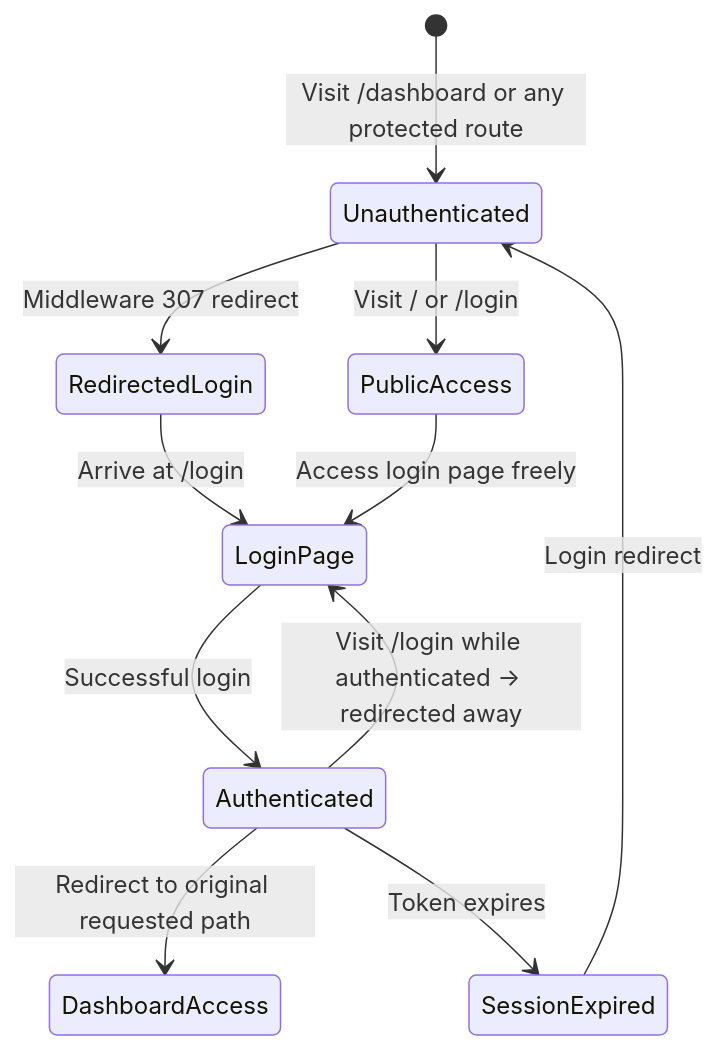
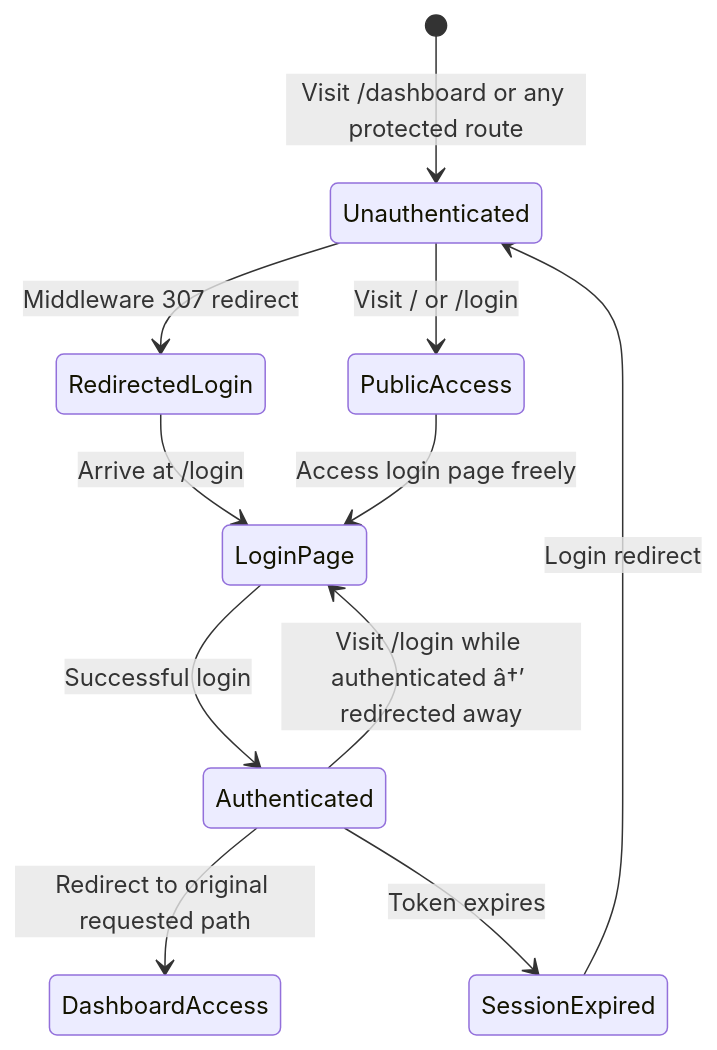
One commit to rohitkumarnaidu/ARIA-OS---SecondBrain- changed the first of 2 diagrams in docs/qa/E2ETestPlan.md. Above: the diagram before and after it, drawn with Mermaid. The commit also changed other lines of this file and 9 other files, not shown here.

````diff
--- a/docs/qa/E2ETestPlan.md
+++ b/docs/qa/E2ETestPlan.md
@@ -64,13 +64,13 @@
 ```mermaid
 stateDiagram-v2
     [*] --> Unauthenticated: Visit /dashboard or any protected route
     Unauthenticated --> RedirectedLogin: Middleware 307 redirect
     RedirectedLogin --> LoginPage: Arrive at /login
     LoginPage --> Authenticated: Successful login
     Authenticated --> DashboardAccess: Redirect to original requested path
-    Authenticated --> LoginPage: Visit /login while authenticated → redirected away
+    Authenticated --> LoginPage: Visit /login while authenticated â†’ redirected away
     Unauthenticated --> PublicAccess: Visit / or /login
     PublicAccess --> LoginPage: Access login page freely
     Authenticated --> SessionExpired: Token expires
     SessionExpired --> Unauthenticated: Login redirect
 ```
````
